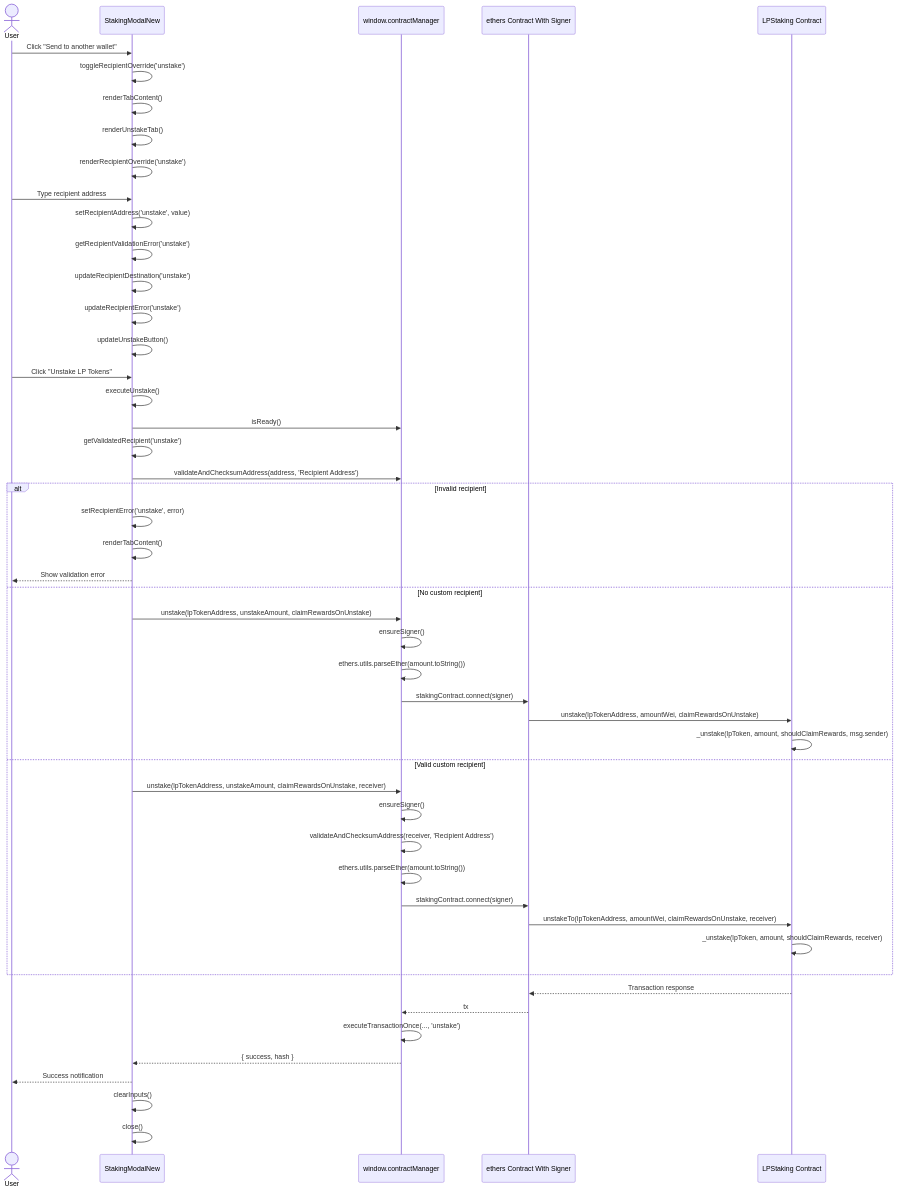
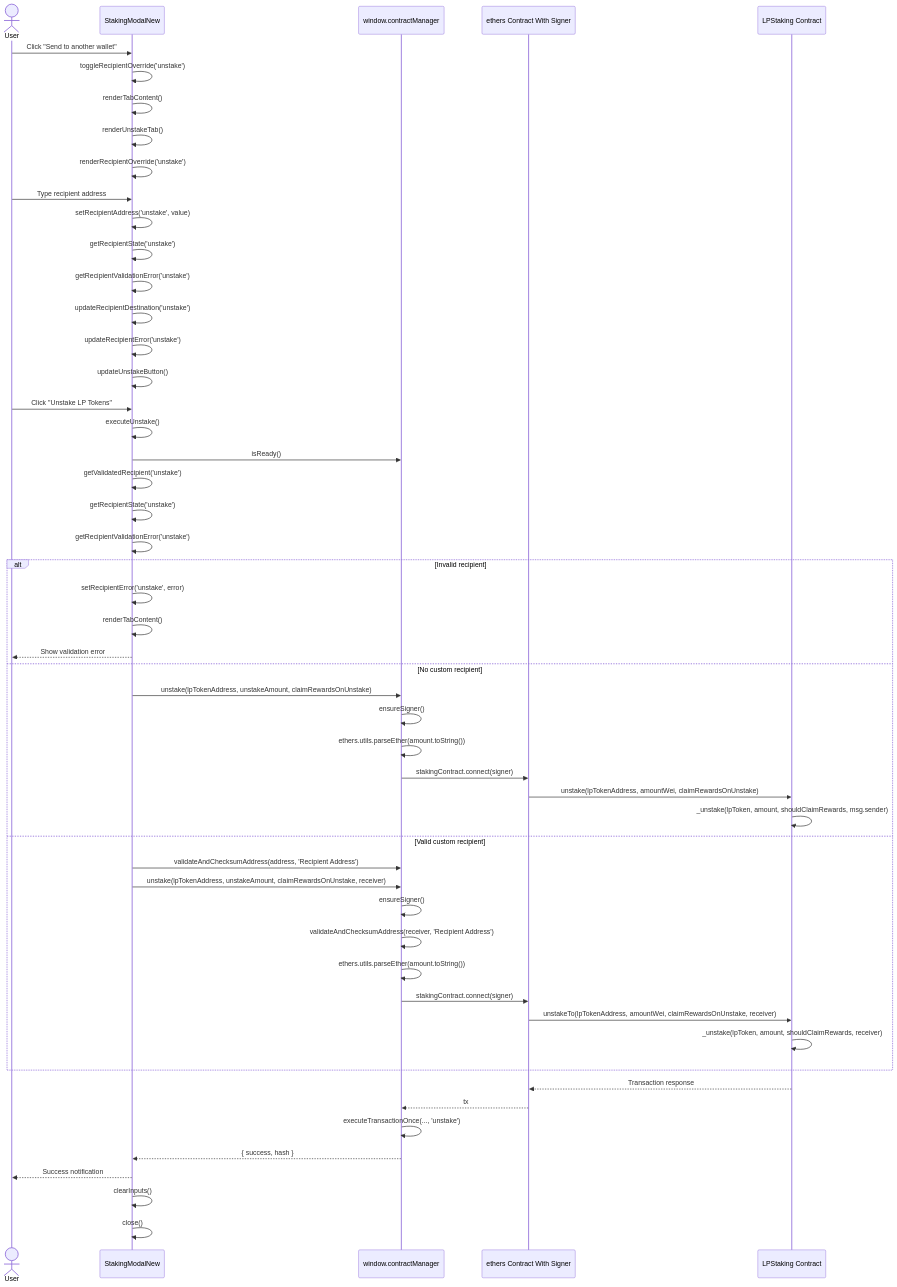
The second of 3 diagrams in RECIPIENT_AWARE_UNSTAKE_CLAIM_FLOW.md (Liberdus/lib-lp-staking-frontend), drawn with Mermaid before and after one commit. The commit also changed other lines of this file, not shown here.

First line of the commit message:
Enhance recipient-aware unstake and claim flow documentation

````diff
--- a/RECIPIENT_AWARE_UNSTAKE_CLAIM_FLOW.md
+++ b/RECIPIENT_AWARE_UNSTAKE_CLAIM_FLOW.md
@@ -84,56 +96,59 @@
 ```mermaid
 sequenceDiagram
     actor User
     participant Modal as StakingModalNew
     participant CM as window.contractManager
     participant Ethers as ethers Contract With Signer
     participant Contract as LPStaking Contract
 
     User->>Modal: Click "Send to another wallet"
     Modal->>Modal: toggleRecipientOverride('unstake')
     Modal->>Modal: renderTabContent()
     Modal->>Modal: renderUnstakeTab()
     Modal->>Modal: renderRecipientOverride('unstake')
 
     User->>Modal: Type recipient address
     Modal->>Modal: setRecipientAddress('unstake', value)
+    Modal->>Modal: getRecipientState('unstake')
     Modal->>Modal: getRecipientValidationError('unstake')
     Modal->>Modal: updateRecipientDestination('unstake')
     Modal->>Modal: updateRecipientError('unstake')
     Modal->>Modal: updateUnstakeButton()
 
     User->>Modal: Click "Unstake LP Tokens"
     Modal->>Modal: executeUnstake()
     Modal->>CM: isReady()
     Modal->>Modal: getValidatedRecipient('unstake')
-    Modal->>CM: validateAndChecksumAddress(address, 'Recipient Address')
+    Modal->>Modal: getRecipientState('unstake')
+    Modal->>Modal: getRecipientValidationError('unstake')
 
     alt Invalid recipient
         Modal->>Modal: setRecipientError('unstake', error)
         Modal->>Modal: renderTabContent()
         Modal-->>User: Show validation error
     else No custom recipient
         Modal->>CM: unstake(lpTokenAddress, unstakeAmount, claimRewardsOnUnstake)
         CM->>CM: ensureSigner()
         CM->>CM: ethers.utils.parseEther(amount.toString())
         CM->>Ethers: stakingContract.connect(signer)
         Ethers->>Contract: unstake(lpTokenAddress, amountWei, claimRewardsOnUnstake)
         Contract->>Contract: _unstake(lpToken, amount, shouldClaimRewards, msg.sender)
     else Valid custom recipient
+        Modal->>CM: validateAndChecksumAddress(address, 'Recipient Address')
         Modal->>CM: unstake(lpTokenAddress, unstakeAmount, claimRewardsOnUnstake, receiver)
         CM->>CM: ensureSigner()
         CM->>CM: validateAndChecksumAddress(receiver, 'Recipient Address')
         CM->>CM: ethers.utils.parseEther(amount.toString())
         CM->>Ethers: stakingContract.connect(signer)
         Ethers->>Contract: unstakeTo(lpTokenAddress, amountWei, claimRewardsOnUnstake, receiver)
         Contract->>Contract: _unstake(lpToken, amount, shouldClaimRewards, receiver)
     end
 
     Contract-->>Ethers: Transaction response
     Ethers-->>CM: tx
     CM->>CM: executeTransactionOnce(..., 'unstake')
     CM-->>Modal: { success, hash }
     Modal-->>User: Success notification
     Modal->>Modal: clearInputs()
     Modal->>Modal: close()
 ```
````
